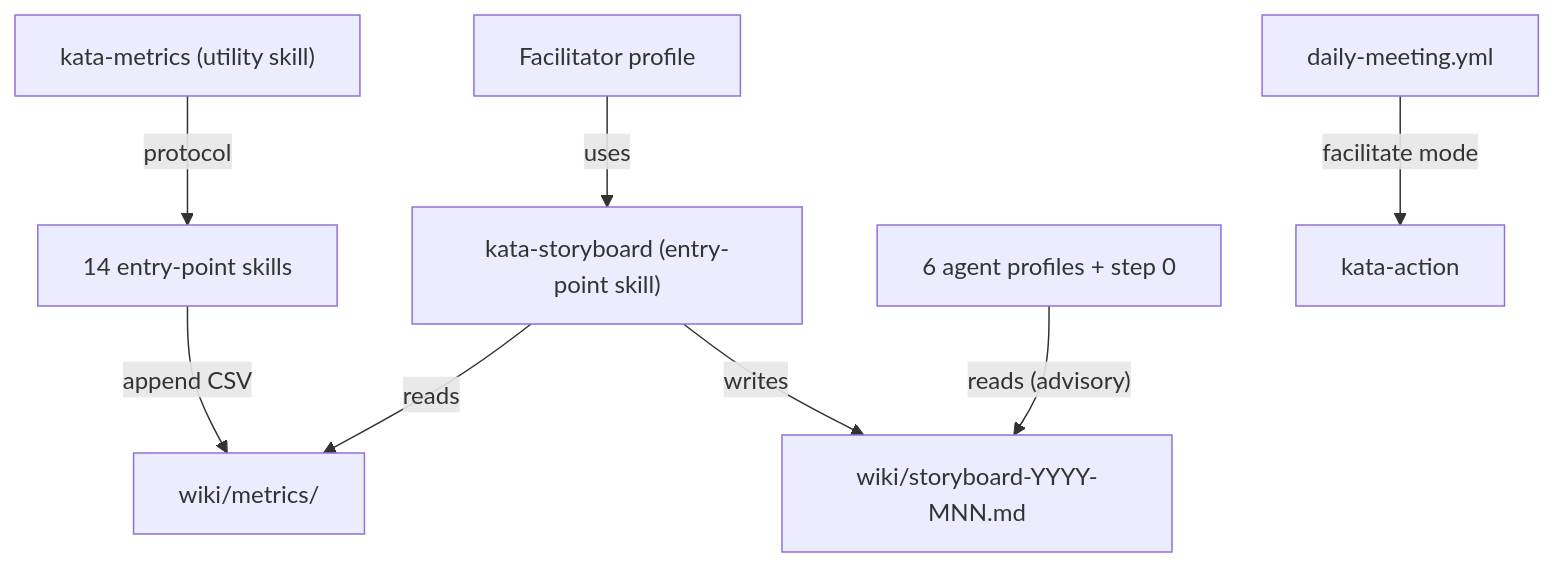
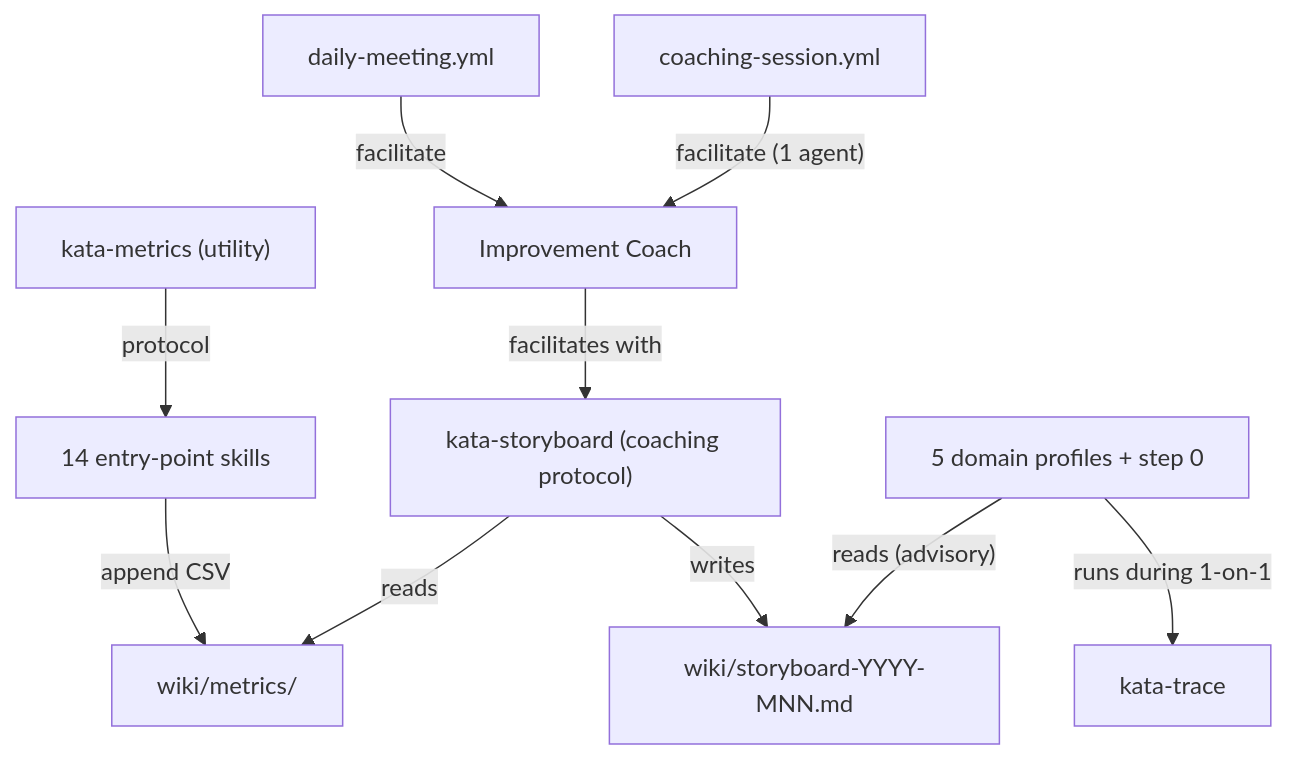
The diagram in specs/460-daily-team-meeting/design.md (forwardimpact/pathway), drawn with Mermaid before and after one commit. The commit also changed other lines of this file and 1 other file, not shown here.

First line of the commit message:
spec+design(460): reframe as Kata Coaching System

````diff
--- a/specs/460-daily-team-meeting/design.md
+++ b/specs/460-daily-team-meeting/design.md
@@ -12,10 +12,12 @@
 ```mermaid
 graph TD
-    KM["kata-metrics (utility skill)"] -->|protocol| EP["14 entry-point skills"]
+    KM["kata-metrics (utility)"] -->|protocol| EP["14 entry-point skills"]
     EP -->|"append CSV"| CSV["wiki/metrics/"]
-    KS["kata-storyboard (entry-point skill)"] -->|reads| CSV
+    KS["kata-storyboard (coaching protocol)"] -->|reads| CSV
     KS -->|writes| SB["wiki/storyboard-YYYY-MNN.md"]
-    F["Facilitator profile"] -->|uses| KS
-    A6["6 agent profiles + step 0"] -->|"reads (advisory)"| SB
-    WF["daily-meeting.yml"] -->|facilitate mode| KA["kata-action"]
+    IC["Improvement Coach"] -->|facilitates with| KS
+    A5["5 domain profiles + step 0"] -->|"reads (advisory)"| SB
+    A5 -->|"runs during 1-on-1"| KT["kata-trace"]
+    DM["daily-meeting.yml"] -->|facilitate| IC
+    CS["coaching-session.yml"] -->|"facilitate (1 agent)"| IC
 ```
````
